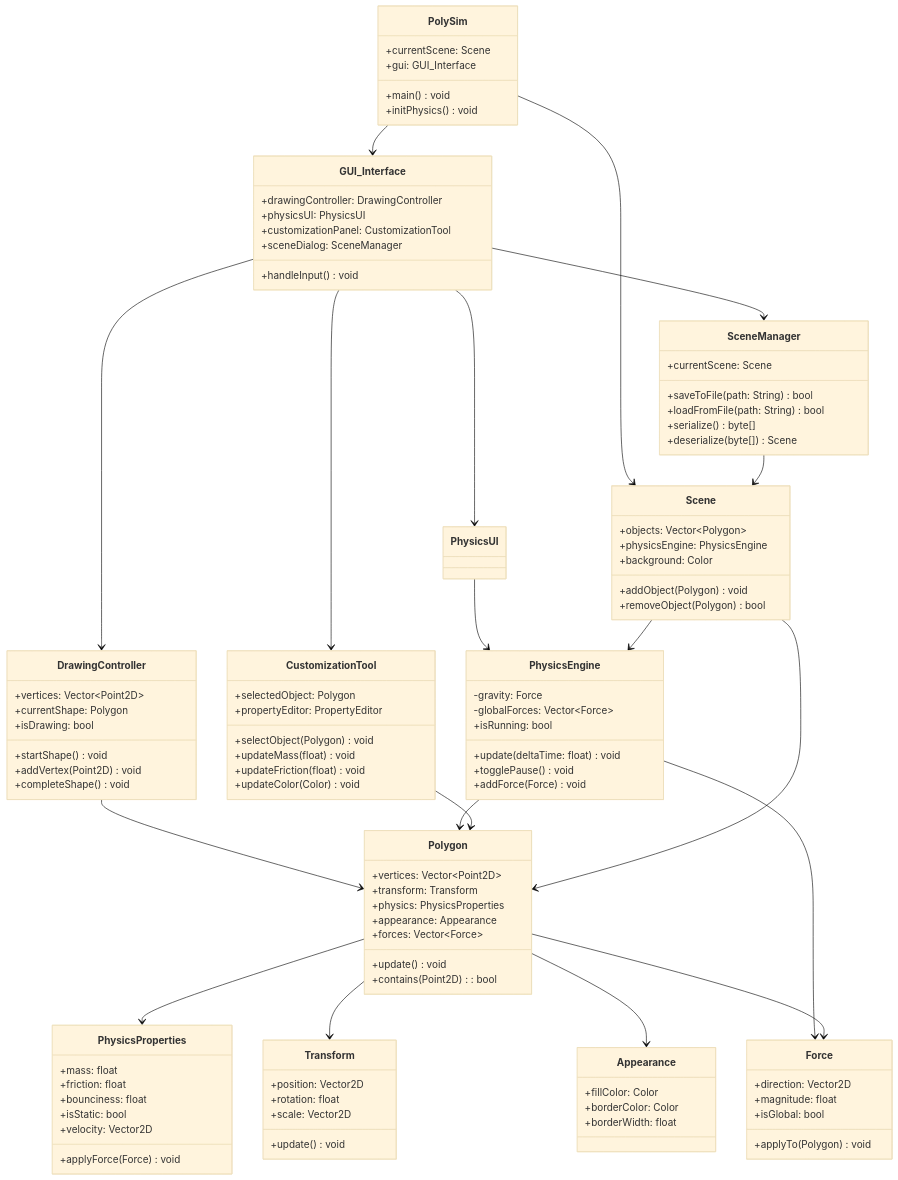
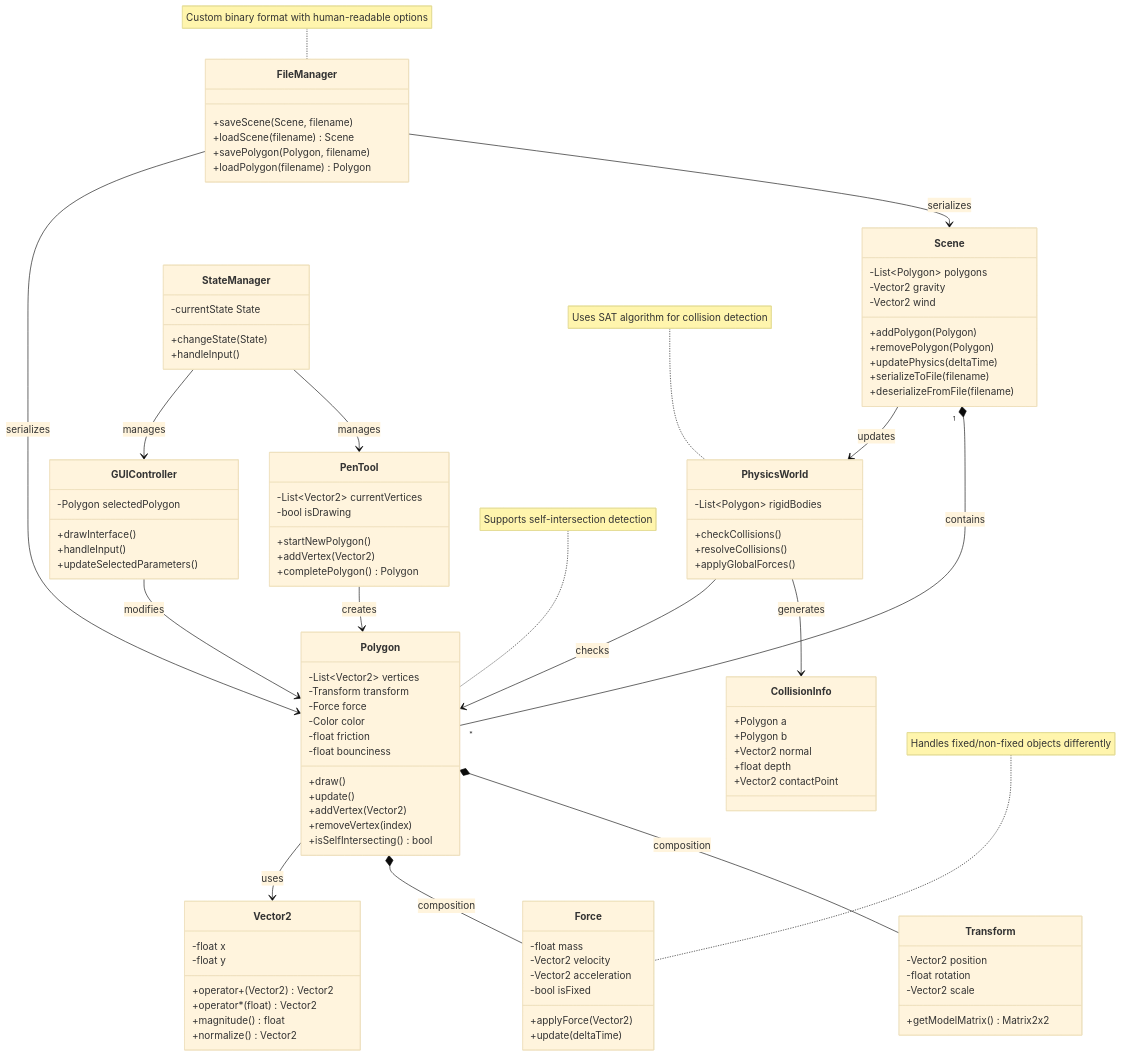
Before and after one commit to Splinter047/PolySim: the diagram in design/class-diagram.mmd, drawn with Mermaid (base theme). The commit also changed 3 other files, not shown here.

Commit message:
Updated class diagram

```diff
--- a/design/class-diagram.mmd
+++ b/design/class-diagram.mmd
@@ -1,116 +1,117 @@
 classDiagram
-    class PolySim {
-        +main() void
-        +currentScene: Scene
-        +gui: GUI_Interface
-        +initPhysics() void
+%% Core Classes
+    class Scene {
+        -List~Polygon~ polygons
+        -Vector2 gravity
+        -Vector2 wind
+        +addPolygon(Polygon)
+        +removePolygon(Polygon)
+        +updatePhysics(deltaTime)
+        +serializeToFile(filename)
+        +deserializeFromFile(filename)
     }
 
-    class GUI_Interface {
-        +drawingController: DrawingController
-        +physicsUI: PhysicsUI
-        +customizationPanel: CustomizationTool
-        +sceneDialog: SceneManager
-        +handleInput() void
+    class Polygon {
+        -List~Vector2~ vertices
+        -Transform transform
+        -Force force
+        -Color color
+        -float friction
+        -float bounciness
+        +draw()
+        +update()
+        +addVertex(Vector2)
+        +removeVertex(index)
+        +isSelfIntersecting() bool
     }
 
-    class DrawingController {
-        +vertices: Vector~Point2D~
-        +currentShape: Polygon
-        +isDrawing: bool
-        +startShape() void
-        +addVertex(Point2D) void
-        +completeShape() void
-    }
-
-    class PhysicsEngine {
-        -gravity: Force
-        -globalForces: Vector~Force~
-        +isRunning: bool
-        +update(deltaTime: float) void
-        +togglePause() void
-        +addForce(Force) void
+    class Transform {
+        -Vector2 position
+        -float rotation
+        -Vector2 scale
+        +getModelMatrix() Matrix2x2
     }
 
     class Force {
-        +direction: Vector2D
-        +magnitude: float
-        +isGlobal: bool
-        +applyTo(Polygon) void
+        -float mass
+        -Vector2 velocity
+        -Vector2 acceleration
+        -bool isFixed
+        +applyForce(Vector2)
+        +update(deltaTime)
     }
 
-    class CustomizationTool {
-        +selectedObject: Polygon
-        +propertyEditor: PropertyEditor
-        +selectObject(Polygon) void
-        +updateMass(float) void
-        +updateFriction(float) void
-        +updateColor(Color) void
+    class Vector2 {
+        -float x
+        -float y
+        +operator+(Vector2) Vector2
+        +operator*(float) Vector2
+        +magnitude() float
+        +normalize() Vector2
     }
 
-    class SceneManager {
-        +currentScene: Scene
-        +saveToFile(path: String) bool
-        +loadFromFile(path: String) bool
-        +serialize() byte[]
-        +deserialize(byte[]) Scene
+%% Physics System
+    class PhysicsWorld {
+        -List~Polygon~ rigidBodies
+        +checkCollisions()
+        +resolveCollisions()
+        +applyGlobalForces()
     }
 
-    class Polygon {
-        +vertices: Vector~Point2D~
-        +transform: Transform
-        +physics: PhysicsProperties
-        +appearance: Appearance
-        +forces: Vector~Force~
-        +update() void
-        +contains(Point2D): bool
+    class CollisionInfo {
+        +Polygon a
+        +Polygon b
+        +Vector2 normal
+        +float depth
+        +Vector2 contactPoint
     }
 
-    class PhysicsProperties {
-        +mass: float
-        +friction: float
-        +bounciness: float
-        +isStatic: bool
-        +velocity: Vector2D
-        +applyForce(Force) void
+%% Tools and Managers
+    class PenTool {
+        -List~Vector2~ currentVertices
+        -bool isDrawing
+        +startNewPolygon()
+        +addVertex(Vector2)
+        +completePolygon() Polygon
     }
 
-    class Transform {
-        +position: Vector2D
-        +rotation: float
-        +scale: Vector2D
-        +update() void
+    class StateManager {
+        -currentState State
+        +changeState(State)
+        +handleInput()
     }
 
-    class Appearance {
-        +fillColor: Color
-        +borderColor: Color
-        +borderWidth: float
+    class FileManager {
+        +saveScene(Scene, filename)
+        +loadScene(filename) Scene
+        +savePolygon(Polygon, filename)
+        +loadPolygon(filename) Polygon
     }
 
-    class Scene {
-        +objects: Vector~Polygon~
-        +physicsEngine: PhysicsEngine
-        +background: Color
-        +addObject(Polygon) void
-        +removeObject(Polygon) bool
+    class GUIController {
+        -Polygon selectedPolygon
+        +drawInterface()
+        +handleInput()
+        +updateSelectedParameters()
     }
 
-    PolySim --> GUI_Interface
-    PolySim --> Scene
-    GUI_Interface --> DrawingController
-    GUI_Interface --> PhysicsUI
-    GUI_Interface --> CustomizationTool
-    GUI_Interface --> SceneManager
-    DrawingController --> Polygon
-    PhysicsUI --> PhysicsEngine
-    PhysicsEngine --> Force
-    PhysicsEngine --> Polygon
-    CustomizationTool --> Polygon
-    SceneManager --> Scene
-    Scene --> Polygon
-    Scene --> PhysicsEngine
-    Polygon --> PhysicsProperties
-    Polygon --> Transform
-    Polygon --> Appearance
-    Polygon --> Force
+%% Relationships
+    Scene "1" *-- "*" Polygon: contains
+    Scene --> PhysicsWorld: updates
+    Polygon *-- Transform: composition
+    Polygon *-- Force: composition
+    Polygon --> Vector2: uses
+    PhysicsWorld --> CollisionInfo: generates
+    PhysicsWorld --> Polygon: checks
+    PenTool --> Polygon: creates
+    StateManager --> PenTool: manages
+    StateManager --> GUIController: manages
+    GUIController --> Polygon: modifies
+    FileManager --> Scene: serializes
+    FileManager --> Polygon: serializes
+
+%% Notes
+    note for PhysicsWorld "Uses SAT algorithm for collision detection"
+    note for FileManager "Custom binary format with human-readable options"
+    note for Polygon "Supports self-intersection detection"
+    note for Force "Handles fixed/non-fixed objects differently"
```
